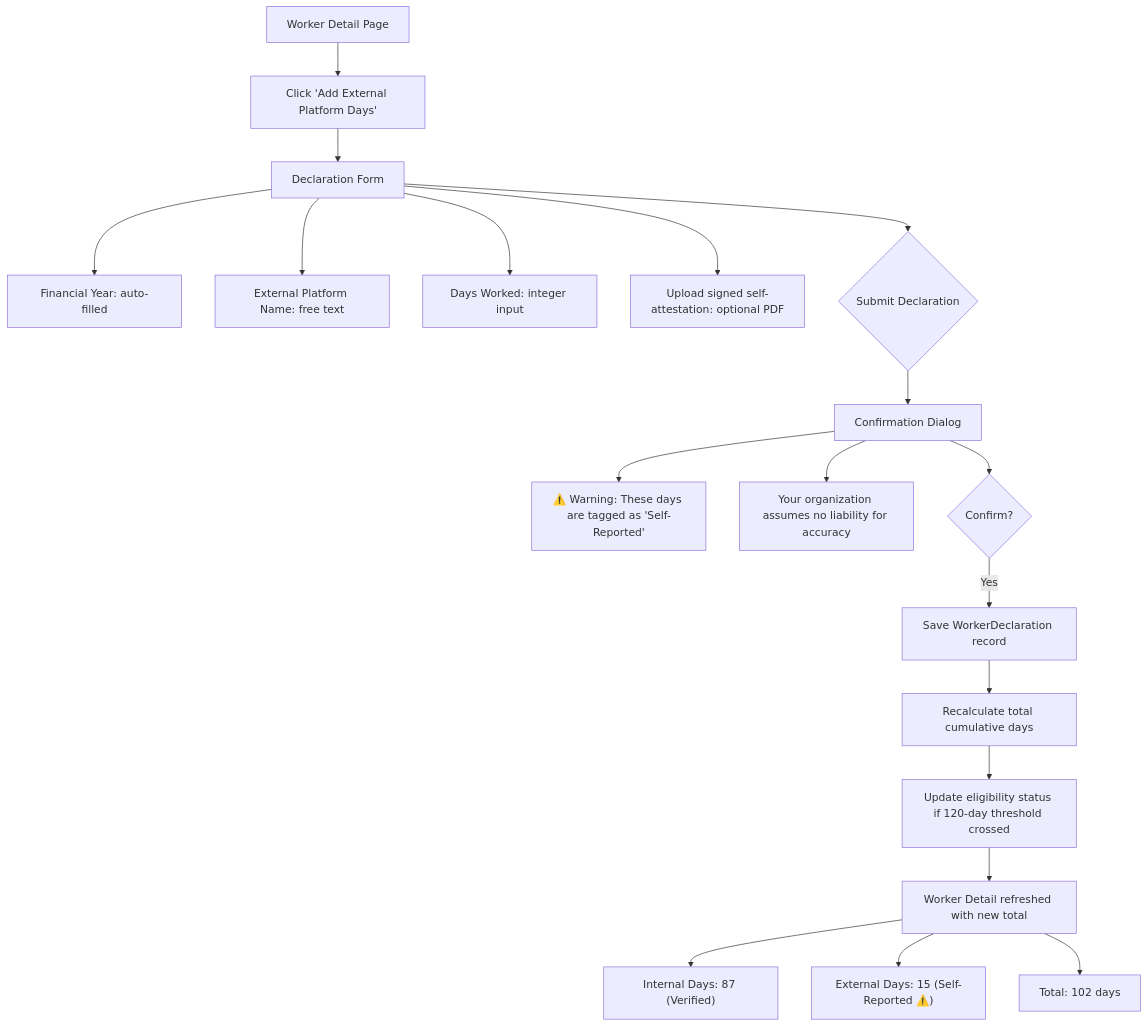
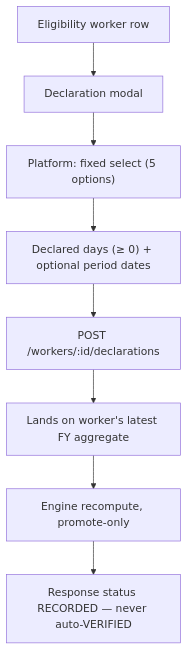
The fifth of 12 diagrams in docs/user_flows.md (nonimousmusic/Gig-Worker-Social-Security-Compliance-Platform), drawn with Mermaid before and after one commit. The commit also changed other lines of this file and 89 other files, not shown here.

````diff
--- a/docs/user_flows.md
+++ b/docs/user_flows.md
@@ -212,21 +165,10 @@
 ```mermaid
 flowchart TD
-    A["Worker Detail Page"] --> B["Click 'Add External Platform Days'"]
-    B --> C["Declaration Form"]
-    C --> C1["Financial Year: auto-filled"]
-    C --> C2["External Platform Name: free text"]
-    C --> C3["Days Worked: integer input"]
-    C --> C4["Upload signed self-attestation: optional PDF"]
-    C --> D{"Submit Declaration"}
-    D --> E["Confirmation Dialog"]
-    E --> E1["⚠️ Warning: These days are tagged as 'Self-Reported'"]
-    E --> E2["Your organization assumes no liability for accuracy"]
-    E --> F{"Confirm?"}
-    F -->|Yes| G["Save WorkerDeclaration record"]
-    G --> H["Recalculate total cumulative days"]
-    H --> I["Update eligibility status if 120-day threshold crossed"]
-    I --> J["Worker Detail refreshed with new total"]
-    J --> J1["Internal Days: 87 (Verified)"]
-    J --> J2["External Days: 15 (Self-Reported ⚠️)"]
-    J --> J3["Total: 102 days"]
+    A["Eligibility worker row"] --> B["Declaration modal"]
+    B --> C["Platform: fixed select (5 options)"]
+    C --> D["Declared days (≥ 0) + optional period dates"]
+    D --> E["POST /workers/:id/declarations"]
+    E --> F["Lands on worker's latest FY aggregate"]
+    F --> G["Engine recompute, promote-only"]
+    G --> H["Response status RECORDED — never auto-VERIFIED"]
 ```
````
